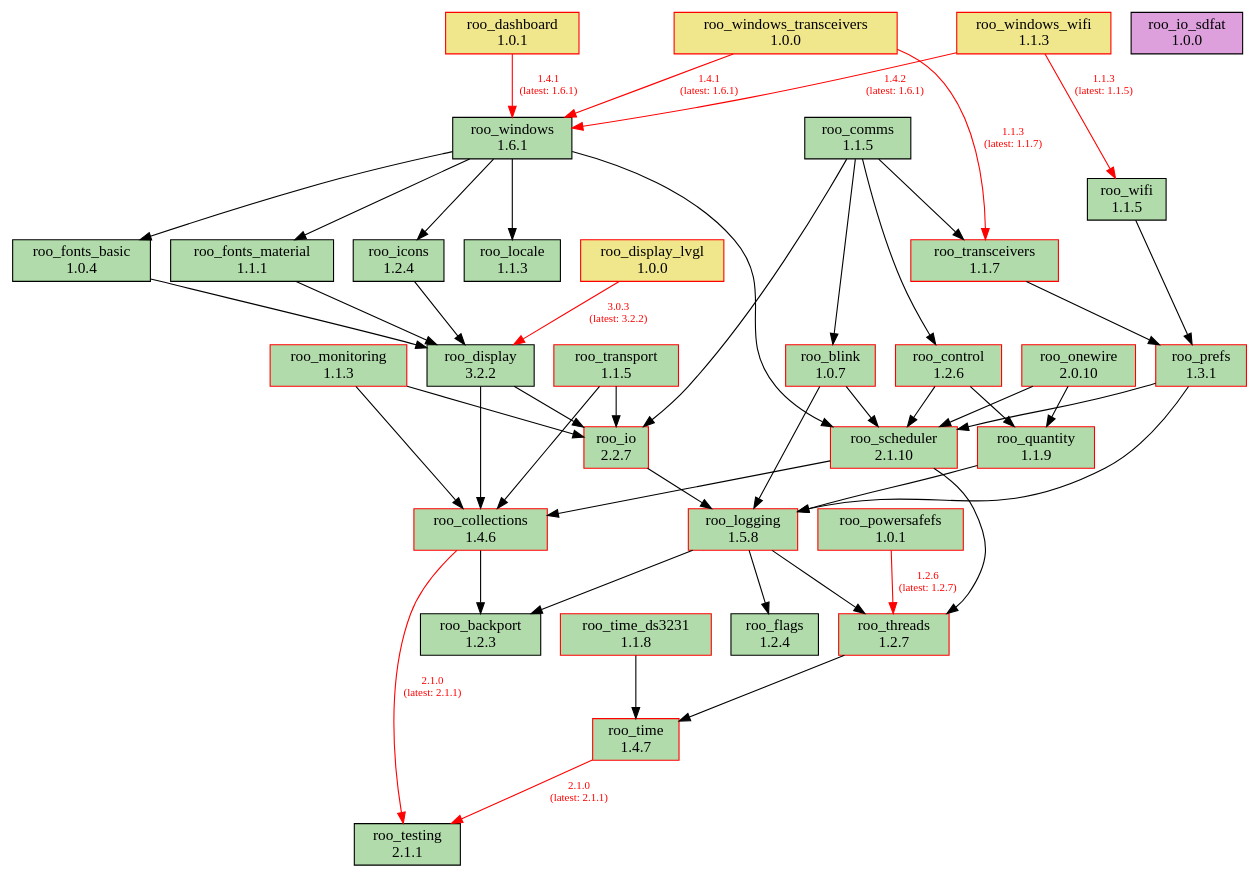
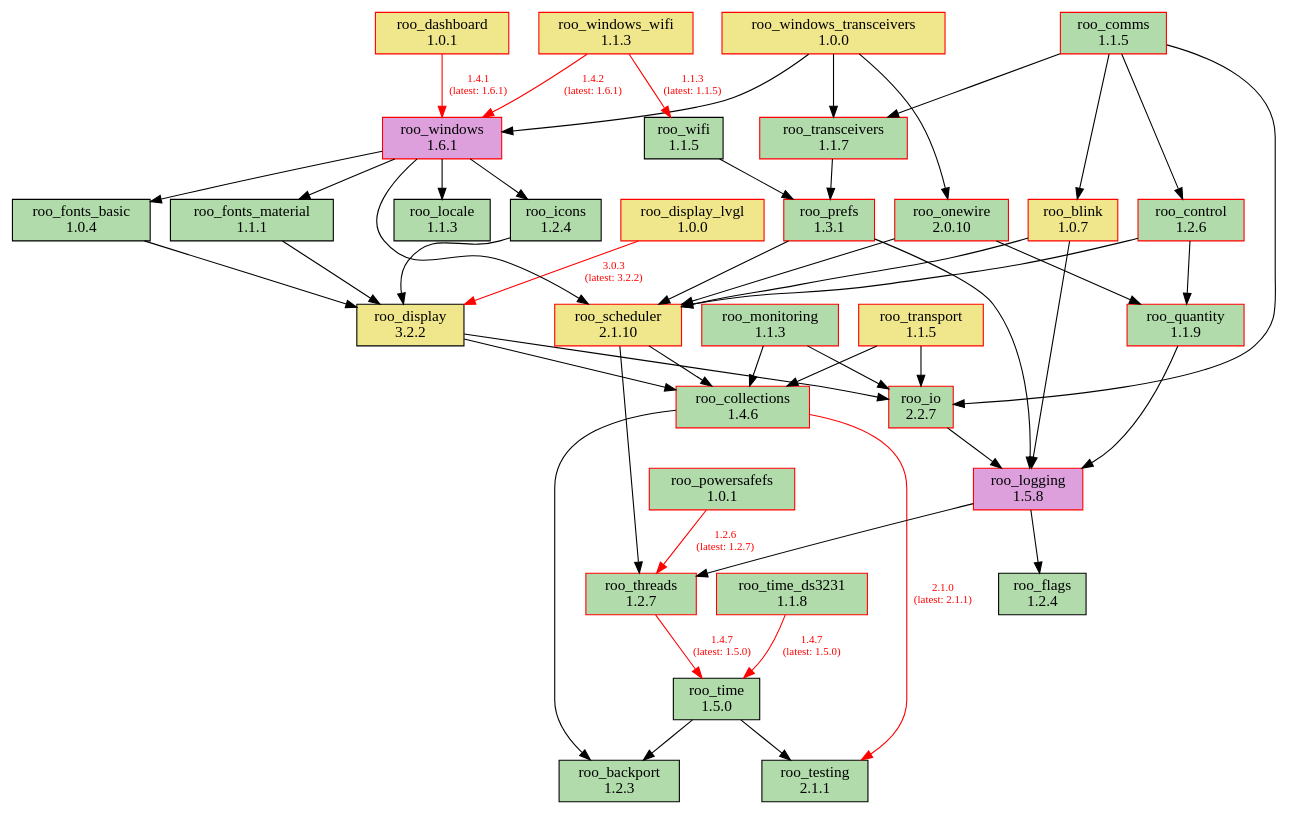
One commit to dejwk/roo-registry changed the diagram in doc/dependencies.dot. Above: the diagram before and after it, drawn with Graphviz. The commit also changed 3 other files, not shown here.

Commit message:
Added roo_time 1.5.0 to the registry.

```diff
--- a/doc/dependencies.dot
+++ b/doc/dependencies.dot
@@ -1,88 +1,88 @@
 digraph dependencies {
     rankdir=TB;
     node [shape=box, style=filled];
     edge [fontsize=10];
 
     // Modules
     "roo_backport" [label="roo_backport\n1.2.3", fillcolor="#b1dbab", color="black"];
-    "roo_blink" [label="roo_blink\n1.0.7", fillcolor="#b1dbab", color="red"];
+    "roo_blink" [label="roo_blink\n1.0.7", fillcolor="khaki", color="red"];
     "roo_collections" [label="roo_collections\n1.4.6", fillcolor="#b1dbab", color="red"];
-    "roo_comms" [label="roo_comms\n1.1.5", fillcolor="#b1dbab", color="black"];
+    "roo_comms" [label="roo_comms\n1.1.5", fillcolor="#b1dbab", color="red"];
     "roo_control" [label="roo_control\n1.2.6", fillcolor="#b1dbab", color="red"];
     "roo_dashboard" [label="roo_dashboard\n1.0.1", fillcolor="khaki", color="red"];
-    "roo_display" [label="roo_display\n3.2.2", fillcolor="#b1dbab", color="black"];
+    "roo_display" [label="roo_display\n3.2.2", fillcolor="khaki", color="black"];
     "roo_display_lvgl" [label="roo_display_lvgl\n1.0.0", fillcolor="khaki", color="red"];
     "roo_flags" [label="roo_flags\n1.2.4", fillcolor="#b1dbab", color="black"];
     "roo_fonts_basic" [label="roo_fonts_basic\n1.0.4", fillcolor="#b1dbab", color="black"];
     "roo_fonts_material" [label="roo_fonts_material\n1.1.1", fillcolor="#b1dbab", color="black"];
     "roo_icons" [label="roo_icons\n1.2.4", fillcolor="#b1dbab", color="black"];
     "roo_io" [label="roo_io\n2.2.7", fillcolor="#b1dbab", color="red"];
-    "roo_io_sdfat" [label="roo_io_sdfat\n1.0.0", fillcolor="plum", color="black"];
     "roo_locale" [label="roo_locale\n1.1.3", fillcolor="#b1dbab", color="black"];
-    "roo_logging" [label="roo_logging\n1.5.8", fillcolor="#b1dbab", color="red"];
+    "roo_logging" [label="roo_logging\n1.5.8", fillcolor="plum", color="red"];
     "roo_monitoring" [label="roo_monitoring\n1.1.3", fillcolor="#b1dbab", color="red"];
     "roo_onewire" [label="roo_onewire\n2.0.10", fillcolor="#b1dbab", color="red"];
     "roo_powersafefs" [label="roo_powersafefs\n1.0.1", fillcolor="#b1dbab", color="red"];
     "roo_prefs" [label="roo_prefs\n1.3.1", fillcolor="#b1dbab", color="red"];
     "roo_quantity" [label="roo_quantity\n1.1.9", fillcolor="#b1dbab", color="red"];
-    "roo_scheduler" [label="roo_scheduler\n2.1.10", fillcolor="#b1dbab", color="red"];
+    "roo_scheduler" [label="roo_scheduler\n2.1.10", fillcolor="khaki", color="red"];
     "roo_testing" [label="roo_testing\n2.1.1", fillcolor="#b1dbab", color="black"];
     "roo_threads" [label="roo_threads\n1.2.7", fillcolor="#b1dbab", color="red"];
-    "roo_time" [label="roo_time\n1.4.7", fillcolor="#b1dbab", color="red"];
+    "roo_time" [label="roo_time\n1.5.0", fillcolor="#b1dbab", color="black"];
     "roo_time_ds3231" [label="roo_time_ds3231\n1.1.8", fillcolor="#b1dbab", color="red"];
     "roo_transceivers" [label="roo_transceivers\n1.1.7", fillcolor="#b1dbab", color="red"];
-    "roo_transport" [label="roo_transport\n1.1.5", fillcolor="#b1dbab", color="red"];
+    "roo_transport" [label="roo_transport\n1.1.5", fillcolor="khaki", color="red"];
     "roo_wifi" [label="roo_wifi\n1.1.5", fillcolor="#b1dbab", color="black"];
-    "roo_windows" [label="roo_windows\n1.6.1", fillcolor="#b1dbab", color="black"];
+    "roo_windows" [label="roo_windows\n1.6.1", fillcolor="plum", color="red"];
     "roo_windows_transceivers" [label="roo_windows_transceivers\n1.0.0", fillcolor="khaki", color="red"];
     "roo_windows_wifi" [label="roo_windows_wifi\n1.1.3", fillcolor="khaki", color="red"];
 
     // Dependencies
     "roo_blink" -> "roo_logging";
     "roo_blink" -> "roo_scheduler";
     "roo_collections" -> "roo_testing" [color=red, fontcolor=red, label="2.1.0\n(latest: 2.1.1)"];
     "roo_collections" -> "roo_backport";
     "roo_comms" -> "roo_blink";
     "roo_comms" -> "roo_control";
     "roo_comms" -> "roo_io";
     "roo_comms" -> "roo_transceivers";
     "roo_control" -> "roo_quantity";
     "roo_control" -> "roo_scheduler";
     "roo_dashboard" -> "roo_windows" [color=red, fontcolor=red, label="1.4.1\n(latest: 1.6.1)"];
     "roo_display" -> "roo_collections";
     "roo_display" -> "roo_io";
     "roo_display_lvgl" -> "roo_display" [color=red, fontcolor=red, label="3.0.3\n(latest: 3.2.2)"];
     "roo_fonts_basic" -> "roo_display";
     "roo_fonts_material" -> "roo_display";
     "roo_icons" -> "roo_display";
     "roo_io" -> "roo_logging";
-    "roo_logging" -> "roo_backport";
     "roo_logging" -> "roo_flags";
     "roo_logging" -> "roo_threads";
     "roo_monitoring" -> "roo_collections";
     "roo_monitoring" -> "roo_io";
     "roo_onewire" -> "roo_scheduler";
     "roo_onewire" -> "roo_quantity";
     "roo_powersafefs" -> "roo_threads" [color=red, fontcolor=red, label="1.2.6\n(latest: 1.2.7)"];
     "roo_prefs" -> "roo_logging";
     "roo_prefs" -> "roo_scheduler";
     "roo_quantity" -> "roo_logging";
     "roo_scheduler" -> "roo_collections";
     "roo_scheduler" -> "roo_threads";
-    "roo_threads" -> "roo_time";
-    "roo_time" -> "roo_testing" [color=red, fontcolor=red, label="2.1.0\n(latest: 2.1.1)"];
-    "roo_time_ds3231" -> "roo_time";
+    "roo_threads" -> "roo_time" [color=red, fontcolor=red, label="1.4.7\n(latest: 1.5.0)"];
+    "roo_time" -> "roo_testing";
+    "roo_time" -> "roo_backport";
+    "roo_time_ds3231" -> "roo_time" [color=red, fontcolor=red, label="1.4.7\n(latest: 1.5.0)"];
     "roo_transceivers" -> "roo_prefs";
     "roo_transport" -> "roo_collections";
     "roo_transport" -> "roo_io";
     "roo_wifi" -> "roo_prefs";
     "roo_windows" -> "roo_fonts_basic";
     "roo_windows" -> "roo_fonts_material";
     "roo_windows" -> "roo_locale";
     "roo_windows" -> "roo_icons";
     "roo_windows" -> "roo_scheduler";
-    "roo_windows_transceivers" -> "roo_transceivers" [color=red, fontcolor=red, label="1.1.3\n(latest: 1.1.7)"];
-    "roo_windows_transceivers" -> "roo_windows" [color=red, fontcolor=red, label="1.4.1\n(latest: 1.6.1)"];
+    "roo_windows_transceivers" -> "roo_onewire";
+    "roo_windows_transceivers" -> "roo_transceivers";
+    "roo_windows_transceivers" -> "roo_windows";
     "roo_windows_wifi" -> "roo_wifi" [color=red, fontcolor=red, label="1.1.3\n(latest: 1.1.5)"];
     "roo_windows_wifi" -> "roo_windows" [color=red, fontcolor=red, label="1.4.2\n(latest: 1.6.1)"];
 }
```
